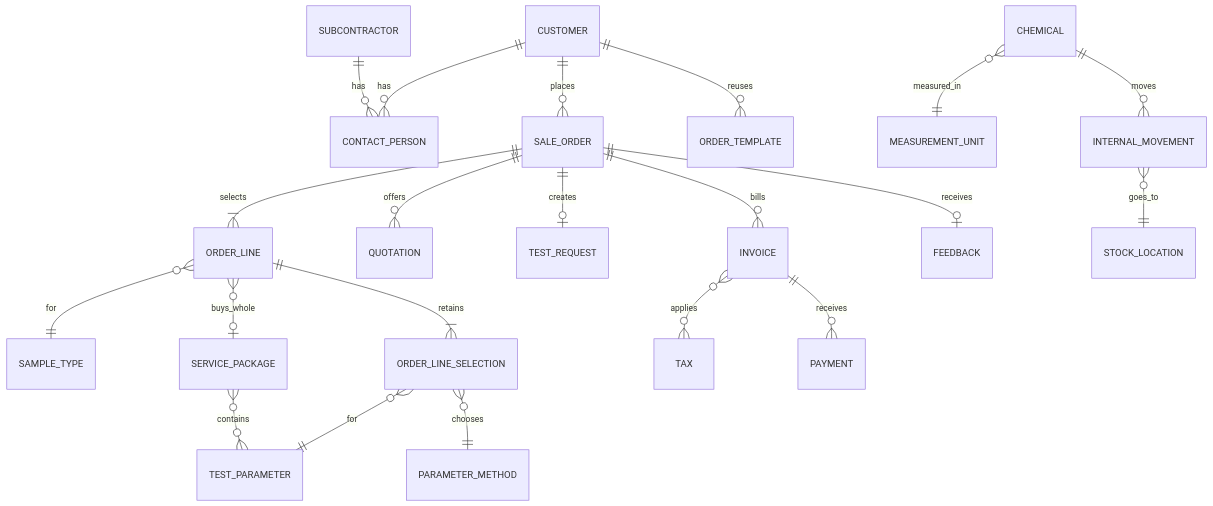
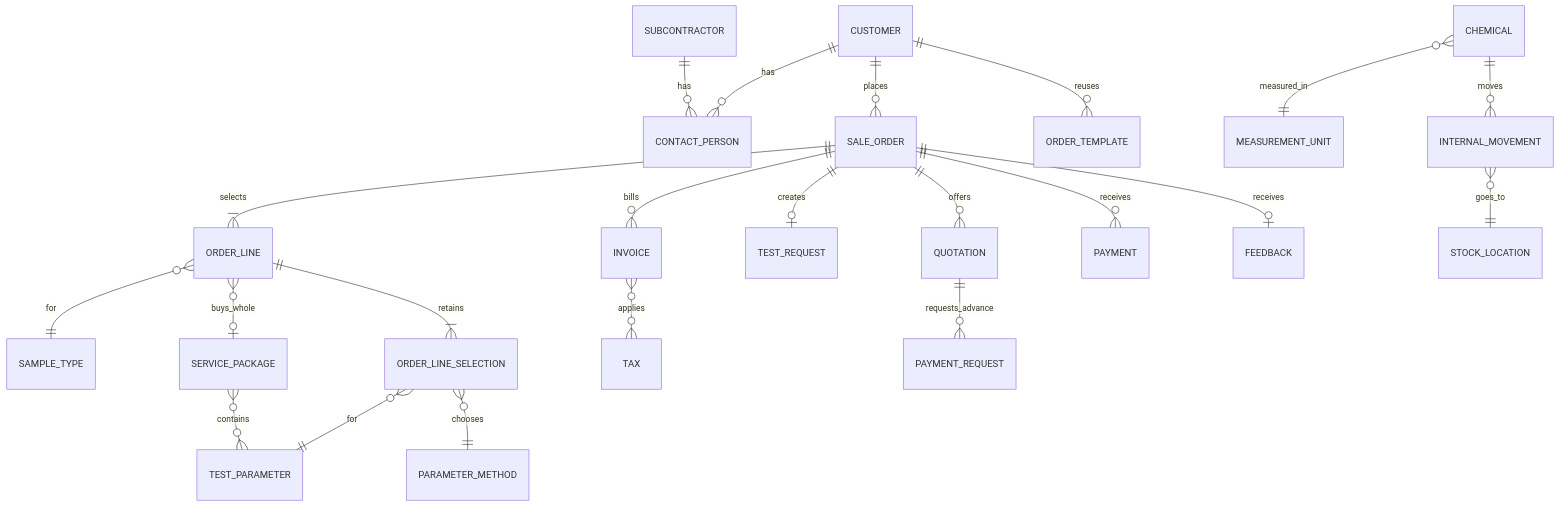
Before and after one commit to SoltuneMontepre/medilab: the third of 3 diagrams in docs/functional/conceptual-model.md, drawn with Mermaid. The commit also changed other lines of this file and 16 other files, not shown here.

First line of the commit message:
[docs] Record agreed advance-payment lifecycle and retain accounting questions

````diff
--- a/docs/functional/conceptual-model.md
+++ b/docs/functional/conceptual-model.md
@@ -79,23 +79,24 @@
 ```mermaid
 erDiagram
     CUSTOMER ||--o{ CONTACT_PERSON : has
     SUBCONTRACTOR ||--o{ CONTACT_PERSON : has
     CUSTOMER ||--o{ SALE_ORDER : places
     SALE_ORDER ||--|{ ORDER_LINE : selects
     ORDER_LINE }o--|| SAMPLE_TYPE : for
     ORDER_LINE ||--|{ ORDER_LINE_SELECTION : retains
     ORDER_LINE_SELECTION }o--|| TEST_PARAMETER : for
     ORDER_LINE_SELECTION }o--|| PARAMETER_METHOD : chooses
     ORDER_LINE }o--o| SERVICE_PACKAGE : buys_whole
     SERVICE_PACKAGE }o--o{ TEST_PARAMETER : contains
     SALE_ORDER ||--o{ QUOTATION : offers
     SALE_ORDER ||--o| TEST_REQUEST : creates
     SALE_ORDER ||--o{ INVOICE : bills
     INVOICE }o--o{ TAX : applies
-    INVOICE ||--o{ PAYMENT : receives
+    SALE_ORDER ||--o{ PAYMENT : receives
+    QUOTATION ||--o{ PAYMENT_REQUEST : requests_advance
     CUSTOMER ||--o{ ORDER_TEMPLATE : reuses
     SALE_ORDER ||--o| FEEDBACK : receives
     CHEMICAL }o--|| MEASUREMENT_UNIT : measured_in
     CHEMICAL ||--o{ INTERNAL_MOVEMENT : moves
     INTERNAL_MOVEMENT }o--|| STOCK_LOCATION : goes_to
 ```
````
